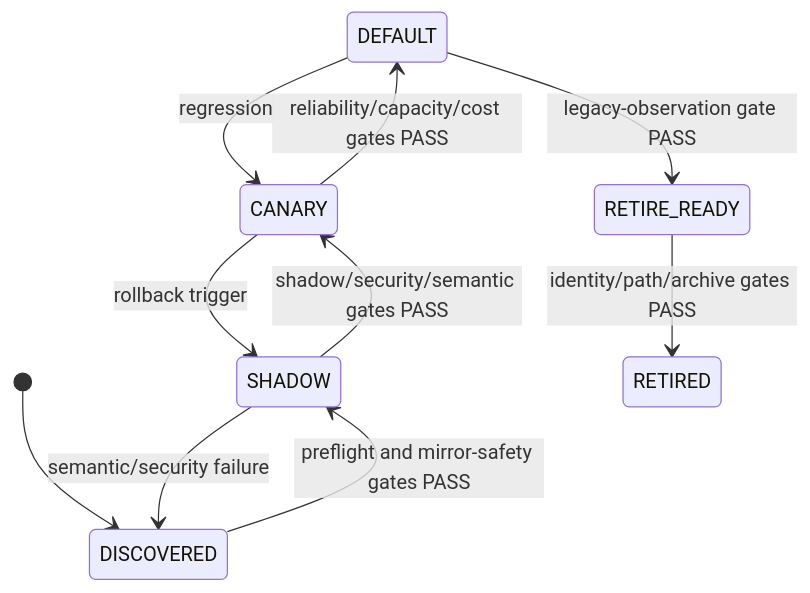
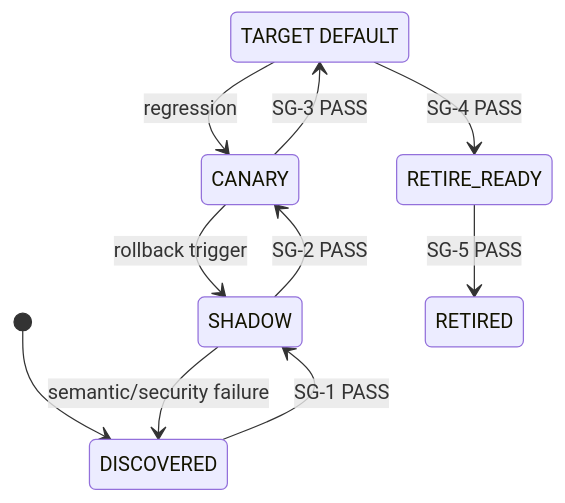
Before and after one commit to huynv-xyz/vhm: the fourth of 4 diagrams in zero-trust.md, drawn with Mermaid. The commit also changed other lines of this file, not shown here.

````diff
--- a/zero-trust.md
+++ b/zero-trust.md
@@ -1078,13 +645,13 @@
 ```mermaid
 stateDiagram-v2
-    state "DEFAULT" as TARGET_DEFAULT
+    state "TARGET DEFAULT" as TARGET_DEFAULT
     [*] --> DISCOVERED
-    DISCOVERED --> SHADOW: preflight and mirror-safety gates PASS
-    SHADOW --> CANARY: shadow/security/semantic gates PASS
-    CANARY --> TARGET_DEFAULT: reliability/capacity/cost gates PASS
-    TARGET_DEFAULT --> RETIRE_READY: legacy-observation gate PASS
-    RETIRE_READY --> RETIRED: identity/path/archive gates PASS
+    DISCOVERED --> SHADOW: SG-1 PASS
+    SHADOW --> CANARY: SG-2 PASS
+    CANARY --> TARGET_DEFAULT: SG-3 PASS
+    TARGET_DEFAULT --> RETIRE_READY: SG-4 PASS
+    RETIRE_READY --> RETIRED: SG-5 PASS
     SHADOW --> DISCOVERED: semantic/security failure
     CANARY --> SHADOW: rollback trigger
     TARGET_DEFAULT --> CANARY: regression
 ```
````
